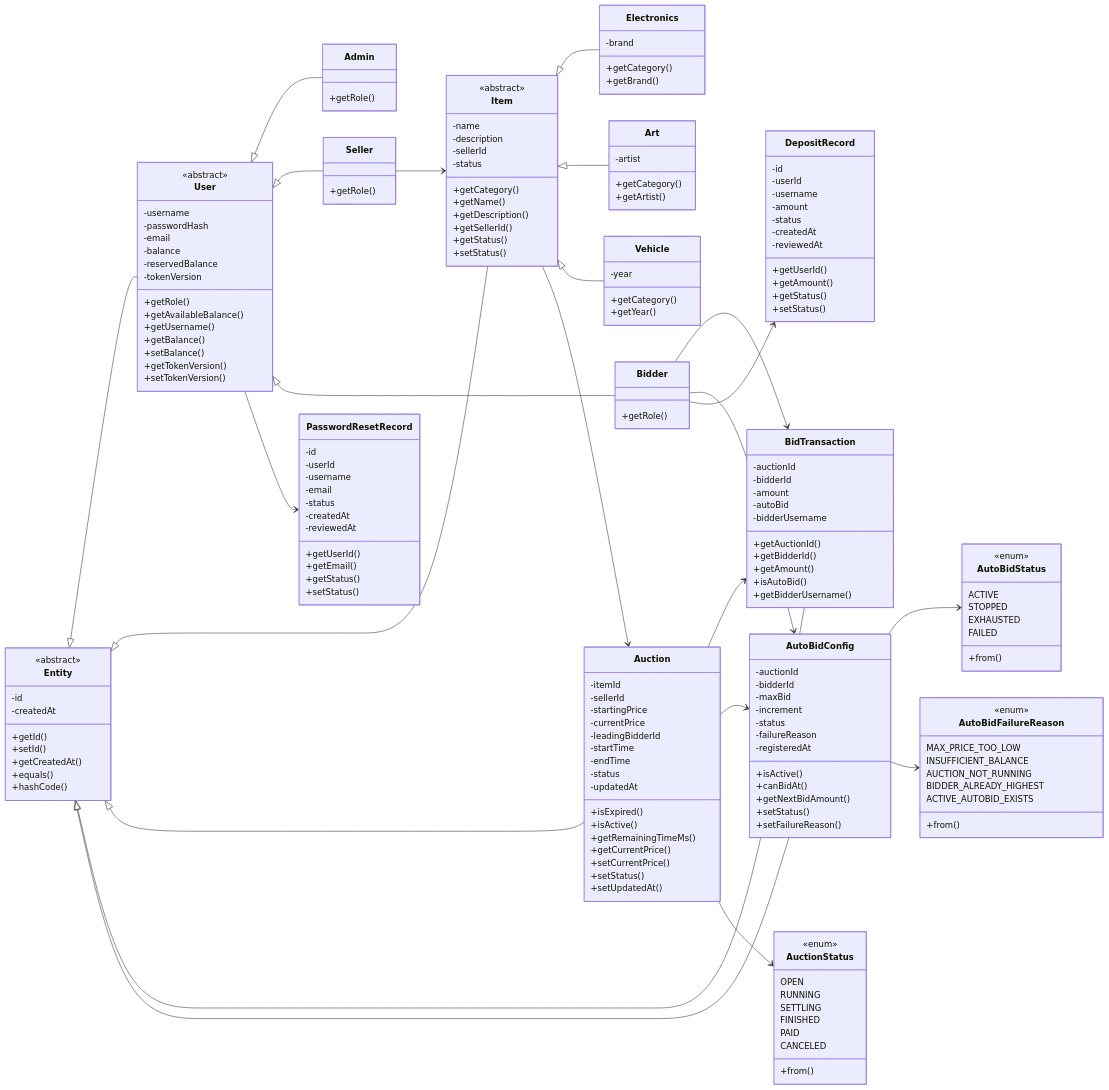
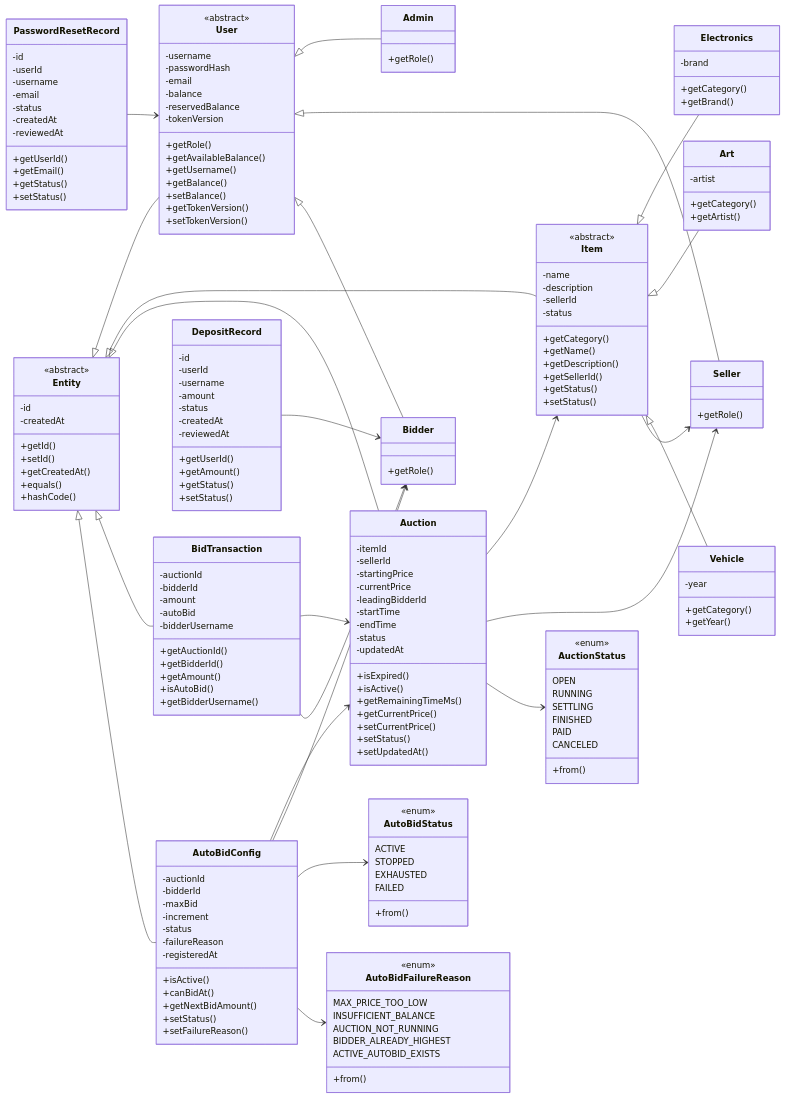
Before and after one commit to kieran-labs/oop-course-project-uet: the fourth of 7 diagrams in README.md, drawn with Mermaid. The commit also changed other lines of this file, not shown here.

Commit message:
docs: refine UML links and complete class members

````diff
--- a/README.md
+++ b/README.md
@@ -778,15 +804,16 @@
     Entity <|-- Auction
     Entity <|-- BidTransaction
     Entity <|-- AutoBidConfig
-    Seller --> Item
-    Item --> Auction
-    Auction --> BidTransaction
-    Bidder --> BidTransaction
-    Auction --> AutoBidConfig
-    Bidder --> AutoBidConfig
-    Bidder --> DepositRecord
-    User --> PasswordResetRecord
+    Item --> Seller
+    Auction --> Item
+    Auction --> Seller
     Auction --> AuctionStatus
+    BidTransaction --> Auction
+    BidTransaction --> Bidder
+    AutoBidConfig --> Auction
+    AutoBidConfig --> Bidder
     AutoBidConfig --> AutoBidStatus
     AutoBidConfig --> AutoBidFailureReason
+    DepositRecord --> Bidder
+    PasswordResetRecord --> User
 ```
````
